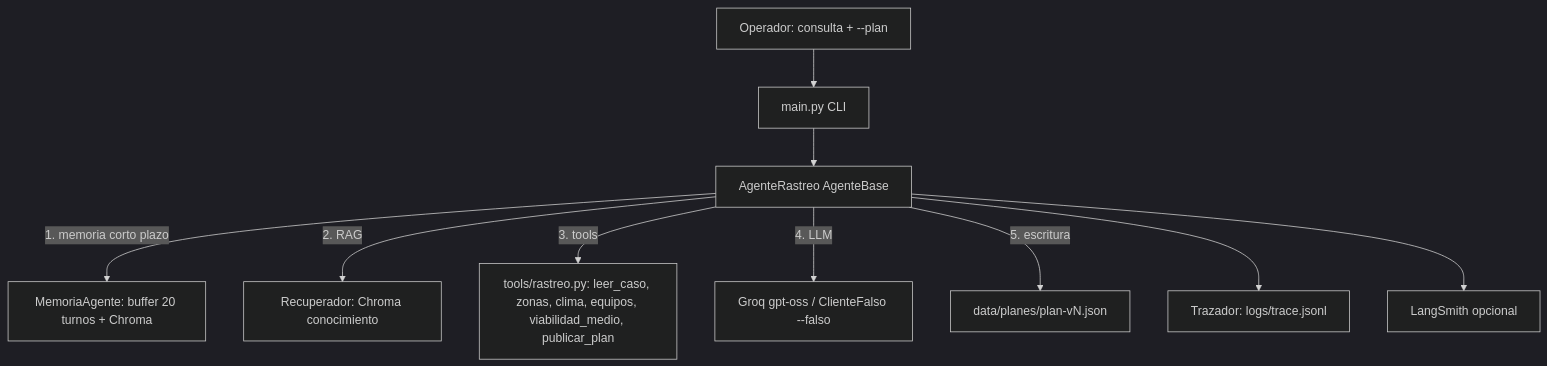
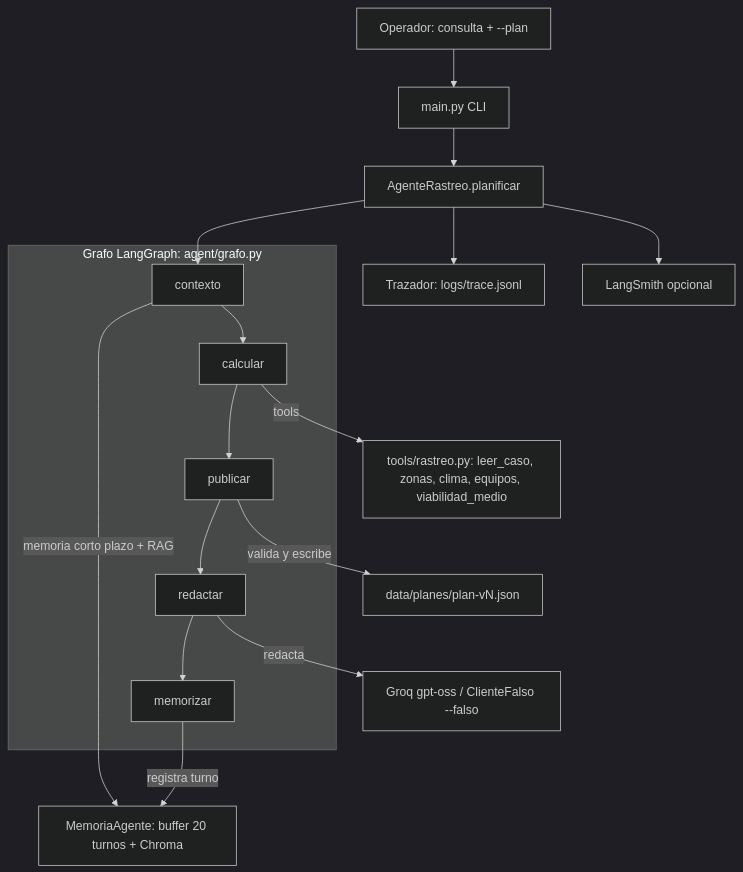
One commit to beibanezv/ep2-rescate-agente changed the diagram in README.md. Above: the diagram before and after it, drawn with Mermaid (dark theme). The commit also changed other lines of this file and 5 other files, not shown here.

````diff
--- a/README.md
+++ b/README.md
@@ -35,12 +36,16 @@
 ```mermaid
 flowchart TB
     U[Operador: consulta + --plan] --> M[main.py CLI]
-    M --> A[AgenteRastreo AgenteBase]
-    A -->|1. memoria corto plazo| MEM[MemoriaAgente: buffer 20 turnos + Chroma]
-    A -->|2. RAG| R[Recuperador: Chroma conocimiento]
-    A -->|3. tools| T[tools/rastreo.py: leer_caso, zonas, clima, equipos, viabilidad_medio, publicar_plan]
-    A -->|4. LLM| L[Groq gpt-oss / ClienteFalso --falso]
-    A -->|5. escritura| P[data/planes/plan-vN.json]
-    A --> TR[Trazador: logs/trace.jsonl]
-    A --> O[LangSmith opcional]
+    M --> G[AgenteRastreo.planificar]
+    subgraph LG[Grafo LangGraph: agent/grafo.py]
+      C[contexto] --> CA[calcular] --> P[publicar] --> R[redactar] --> ME[memorizar]
+    end
+    G --> C
+    C -->|memoria corto plazo + RAG| MEM[MemoriaAgente: buffer 20 turnos + Chroma]
+    CA -->|tools| T[tools/rastreo.py: leer_caso, zonas, clima, equipos, viabilidad_medio]
+    P -->|valida y escribe| PL[data/planes/plan-vN.json]
+    R -->|redacta| L[Groq gpt-oss / ClienteFalso --falso]
+    ME -->|registra turno| MEM
+    G --> TR[Trazador: logs/trace.jsonl]
+    G --> O[LangSmith opcional]
 ```
````
